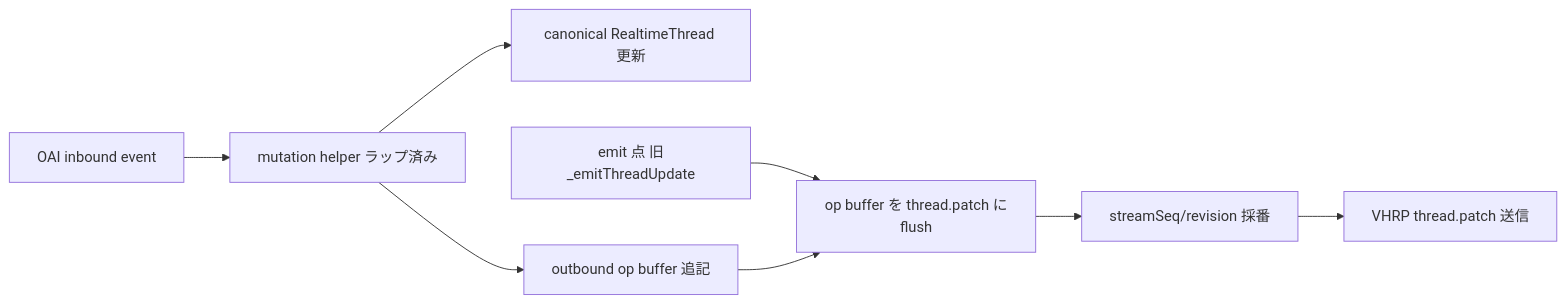
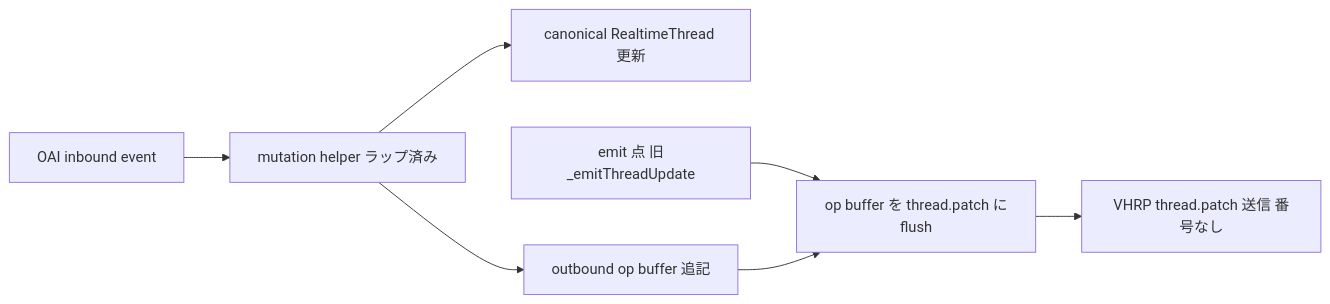
The second of 7 diagrams in docs/hosted_realtime/03_quarkus_backend_spec.md (yuki-js/vagina), drawn with Mermaid before and after one commit. The commit also changed other lines of this file and 3 other files, not shown here.

````diff
--- a/docs/hosted_realtime/03_quarkus_backend_spec.md
+++ b/docs/hosted_realtime/03_quarkus_backend_spec.md
@@ -66,10 +66,9 @@
 ```mermaid
 graph LR
     EV[OAI inbound event] --> H[mutation helper ラップ済み]
     H --> TH[canonical RealtimeThread 更新]
     H --> OPS[outbound op buffer 追記]
     EMIT[emit 点 旧_emitThreadUpdate] --> FLUSH[op buffer を thread.patch にflush]
     OPS --> FLUSH
-    FLUSH --> SEQ[streamSeq/revision 採番]
-    SEQ --> OUT[VHRP thread.patch 送信]
+    FLUSH --> OUT[VHRP thread.patch 送信 番号なし]
 ```
````
